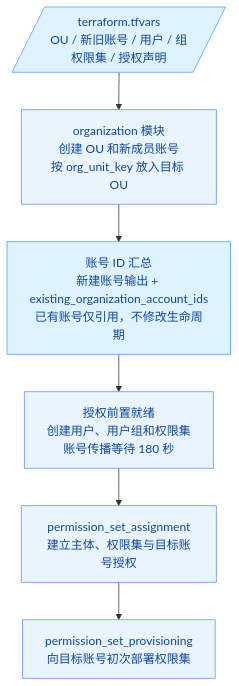
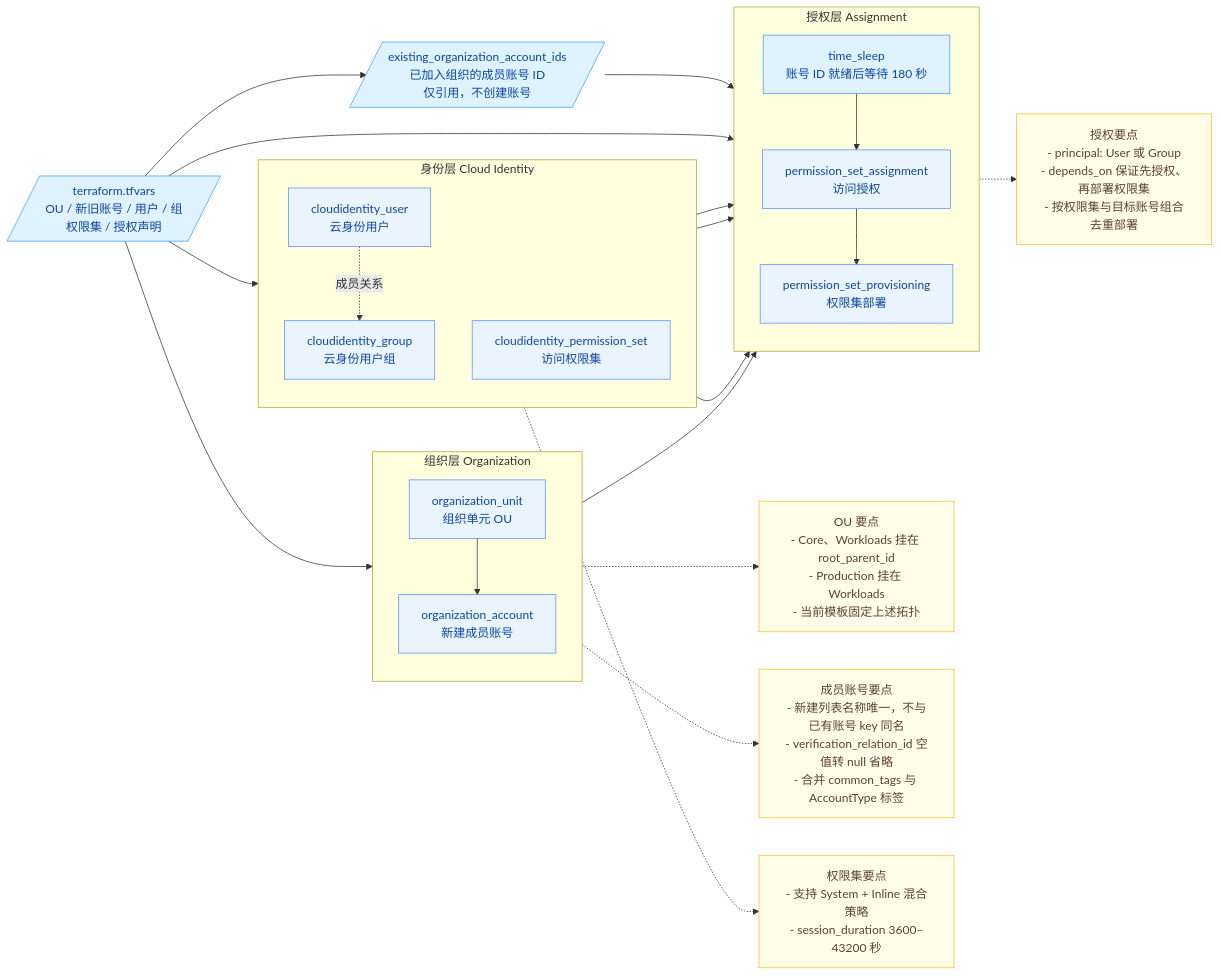
One commit to terraform-volcenginecc-modules/terraform-volcenginecc-multi-account-architecture changed the diagram in README.zh-CN.md. Above: the diagram before and after it, drawn with Mermaid. The commit also changed 1 other file, not shown here.

Commit message:
docs: 更新中英文 README 的 Mermaid 架构图并补充说明

````diff
--- a/README.zh-CN.md
+++ b/README.zh-CN.md
@@ -17,18 +17,52 @@
 ```mermaid
-flowchart TB
+flowchart LR
     classDef main fill:#EAF4FF,stroke:#5B8FF9,color:#0D47A1;
     classDef tcc fill:#DFF2FF,stroke:#409EFF,color:#0D47A1;
+    classDef note fill:#FFFDE7,stroke:#FBC02D,color:#5D4037;
 
     Vars[/"terraform.tfvars<br/>OU / 新旧账号 / 用户 / 组<br/>权限集 / 授权声明"/]:::tcc
-    ORG["organization 模块<br/>创建 OU 和新成员账号<br/>按 org_unit_key 放入目标 OU"]:::main
-    IDS["账号 ID 汇总<br/>新建账号输出 + existing_organization_account_ids<br/>已有账号仅引用，不修改生命周期"]:::tcc
-    READY["授权前置就绪<br/>创建用户、用户组和权限集<br/>账号传播等待 180 秒"]:::main
-    ASN["permission_set_assignment<br/>建立主体、权限集与目标账号授权"]:::main
-    PROV["permission_set_provisioning<br/>向目标账号初次部署权限集"]:::main
+    EXISTING[/"existing_organization_account_ids<br/>已加入组织的成员账号 ID<br/>仅引用，不创建账号"/]:::tcc
 
-    Vars --> ORG
-    ORG --> IDS
-    IDS --> READY
-    READY --> ASN
-    ASN --> PROV
+    subgraph Org["组织层 Organization"]
+        direction TB
+        OU["organization_unit<br/>组织单元 OU"]:::main
+        ACC["organization_account<br/>新建成员账号"]:::main
+        OU --> ACC
+    end
+
+    subgraph Identity["身份层 Cloud Identity"]
+        direction TB
+        USER["cloudidentity_user<br/>云身份用户"]:::main
+        GRP["cloudidentity_group<br/>云身份用户组"]:::main
+        PS["cloudidentity_permission_set<br/>访问权限集"]:::main
+        USER -.->|成员关系| GRP
+    end
+
+    subgraph Assign["授权层 Assignment"]
+        direction TB
+        WAIT["time_sleep<br/>账号 ID 就绪后等待 180 秒"]:::tcc
+        ASN["permission_set_assignment<br/>访问授权"]:::main
+        PROV["permission_set_provisioning<br/>权限集部署"]:::main
+        WAIT --> ASN --> PROV
+    end
+
+    Vars --> Org
+    Vars --> Identity
+    Vars --> Assign
+    Vars --> EXISTING
+    GRP --> ASN
+    USER --> ASN
+    PS --> ASN
+    ACC --> WAIT
+    EXISTING --> WAIT
+
+    NoteOU["OU 要点<br/>- Core、Workloads 挂在 root_parent_id<br/>- Production 挂在 Workloads<br/>- 当前模板固定上述拓扑"]:::note
+    NoteACC["成员账号要点<br/>- 新建列表名称唯一，不与已有账号 key 同名<br/>- verification_relation_id 空值转 null 省略<br/>- 合并 common_tags 与 AccountType 标签"]:::note
+    NotePS["权限集要点<br/>- 支持 System + Inline 混合策略<br/>- session_duration 3600–43200 秒"]:::note
+    NoteASN["授权要点<br/>- principal: User 或 Group<br/>- depends_on 保证先授权、再部署权限集<br/>- 按权限集与目标账号组合去重部署"]:::note
+
+    OU -.-> NoteOU
+    ACC -.-> NoteACC
+    PS -.-> NotePS
+    PROV -.-> NoteASN
 ```
````
